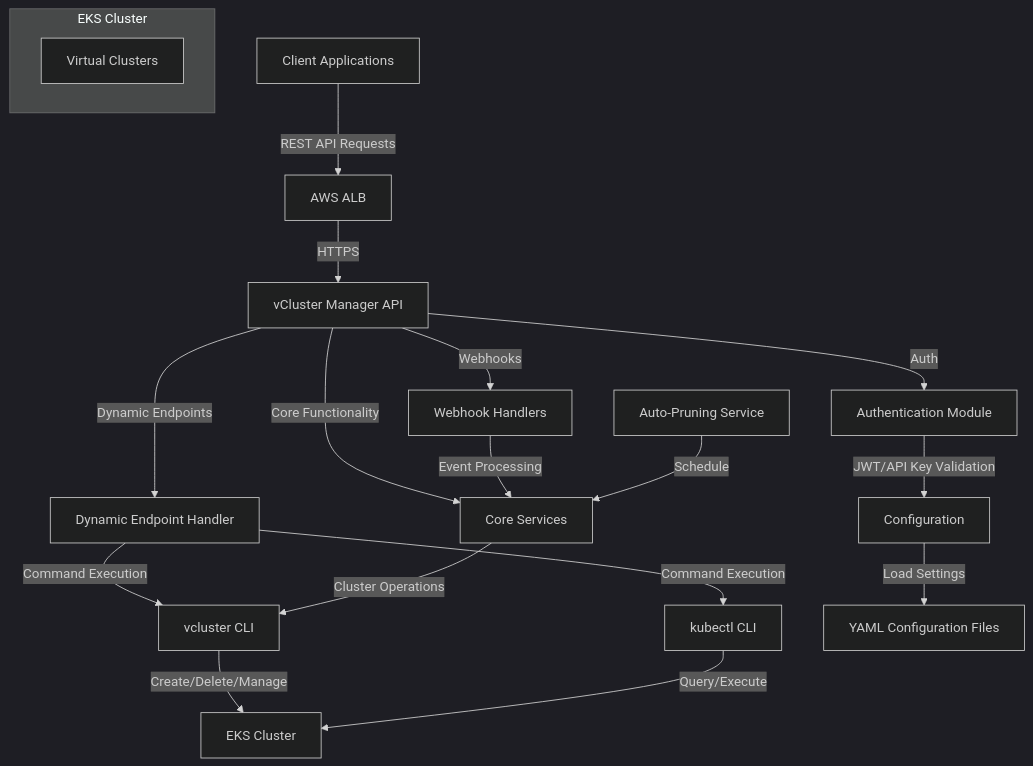
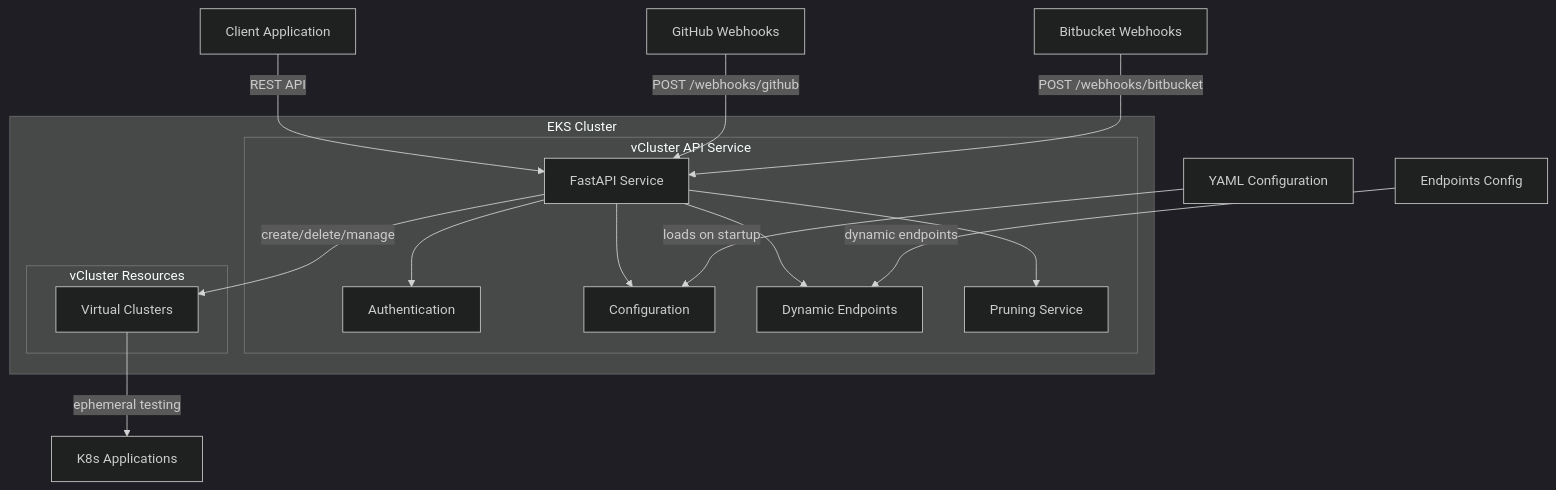
The first of 4 diagrams in vCluster/02.Solution_Summary.md (paulpas/Brainstorming), drawn with Mermaid (dark theme) before and after one commit. The commit also changed other lines of this file, not shown here.

Commit message:
fix(vcluster): Complete summary added

````diff
--- a/vCluster/02.Solution_Summary.md
+++ b/vCluster/02.Solution_Summary.md
@@ -7,25 +7,31 @@
 ```mermaid
-graph TB
-    Client[Client Applications] -->|REST API Requests| ALB[AWS ALB]
-    ALB -->|HTTPS| API[vCluster Manager API]
-    API -->|Auth| Auth[Authentication Module]
-    API -->|Dynamic Endpoints| Dynamic[Dynamic Endpoint Handler]
-    API -->|Core Functionality| Core[Core Services]
-    API -->|Webhooks| Webhook[Webhook Handlers]
+flowchart TB
+    subgraph "EKS Cluster"
+        subgraph "vCluster API Service"
+            API[FastAPI Service]
+            Auth[Authentication]
+            Conf[Configuration]
+            DynEnd[Dynamic Endpoints]
+            PruneS[Pruning Service]
+            
+            API --> Auth
+            API --> Conf
+            API --> DynEnd
+            API --> PruneS
+        end
+        
+        subgraph "vCluster Resources"
+            vClusters[Virtual Clusters]
+        end
+        
+        API -- "create/delete/manage" --> vClusters
+    end
     
-    Auth -->|JWT/API Key Validation| Config[Configuration]
-    Dynamic -->|Command Execution| VCluster[vcluster CLI]
-    Dynamic -->|Command Execution| Kubectl[kubectl CLI]
-    Core -->|Cluster Operations| VCluster
-    Webhook -->|Event Processing| Core
+    Client[Client Application] -- "REST API" --> API
+    GitHook[GitHub Webhooks] -- "POST /webhooks/github" --> API
+    BitHook[Bitbucket Webhooks] -- "POST /webhooks/bitbucket" --> API
+    Config[YAML Configuration] -- "loads on startup" --> Conf
+    EndConfig[Endpoints Config] -- "dynamic endpoints" --> DynEnd
     
-    VCluster -->|Create/Delete/Manage| EKS[EKS Cluster]
-    Kubectl -->|Query/Execute| EKS
-    
-    AutoPrune[Auto-Pruning Service] -->|Schedule| Core
-    Config -->|Load Settings| ConfigFile[YAML Configuration Files]
-    
-    subgraph "EKS Cluster"
-        VClusters[Virtual Clusters]
-    end
+    vClusters -- "ephemeral testing" --> K8sApps[K8s Applications]
 ```
````
